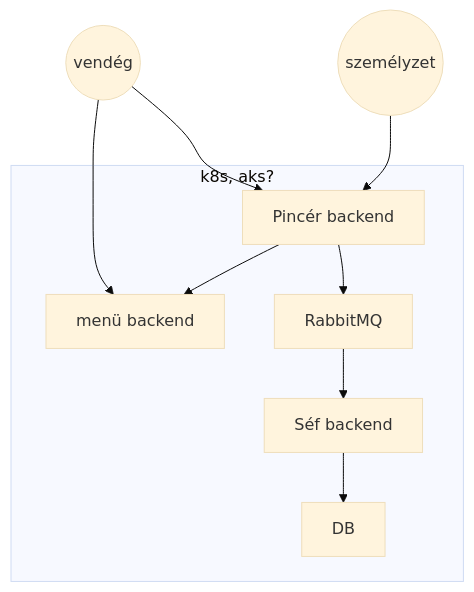
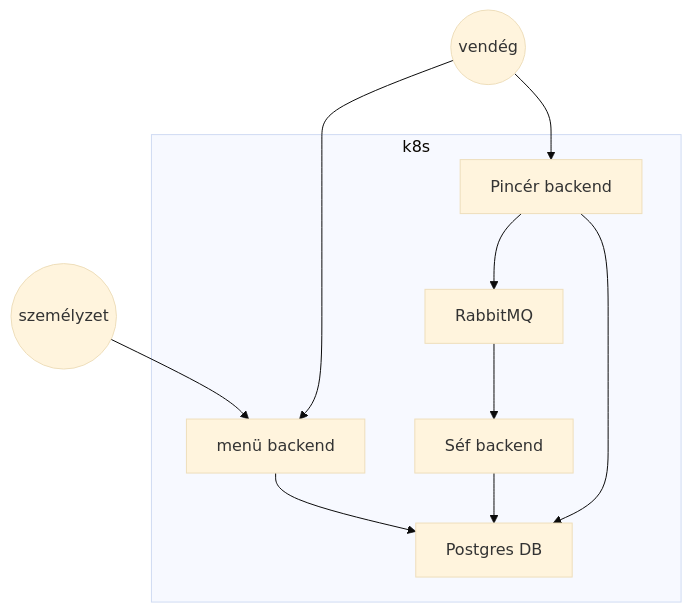
The diagram in README.md (1majom/skala_nhf), drawn with Mermaid (base theme) before and after one commit. The commit also changed other lines of this file and 8 other files, not shown here.

````diff
--- a/README.md
+++ b/README.md
@@ -22,22 +26,23 @@
 ```mermaid
 graph TD
     1((vendég))
     2((személyzet))
 
-    subgraph "k8s, aks?"
+    subgraph "k8s"
       3[menü backend]
       4[Pincér backend]
-      10[DB]
+      10[Postgres DB]
       5[RabbitMQ]
       6[Séf backend]
-  end
+    end
         
     1 --> 3
     1 --> 4
-    4 --> 3
-    2 --> 4
+    2 --> 3
     4 --> 5
     5 --> 6
     6 --> 10
+    3 --> 10
+    4 --> 10
 
 ```
````
